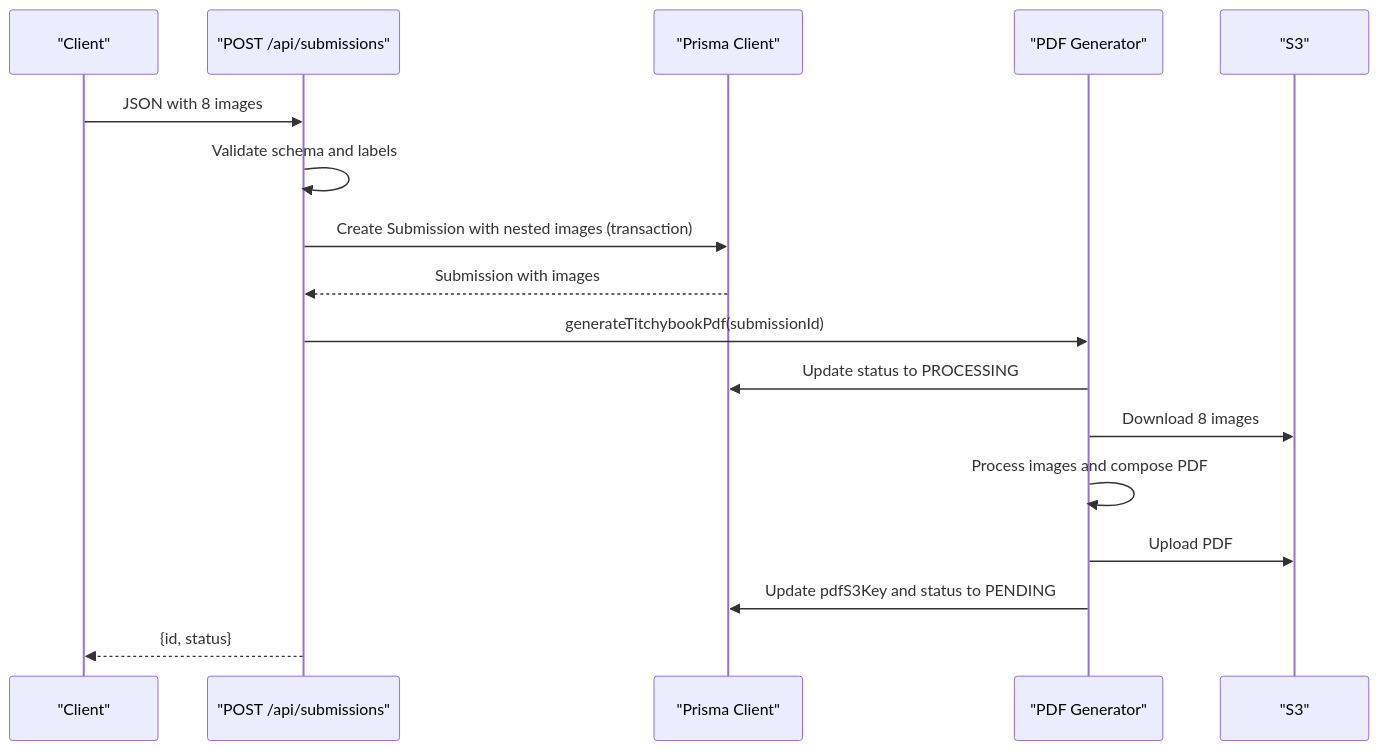
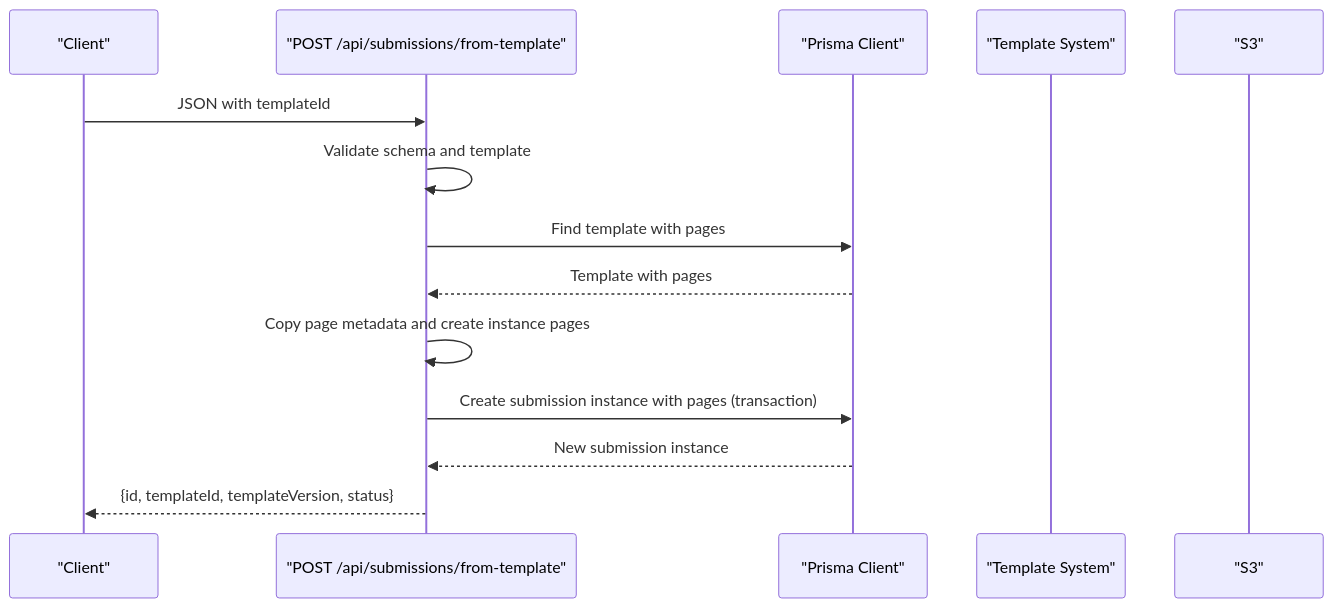
The sixth of 8 diagrams in .qoder/repowiki/en/content/Architecture Overview/Data Architecture.md (Crowdspender/titchybooks-app), drawn with Mermaid before and after one commit. The commit also changed other lines of this file and 62 other files, not shown here.

````diff
--- a/.qoder/repowiki/en/content/Architecture Overview/Data Architecture.md
+++ b/.qoder/repowiki/en/content/Architecture Overview/Data Architecture.md
@@ -320,19 +579,16 @@
 ```mermaid
 sequenceDiagram
 participant Client as "Client"
-participant API as "POST /api/submissions"
+participant API as "POST /api/submissions/from-template"
 participant Prisma as "Prisma Client"
-participant PDF as "PDF Generator"
+participant Template as "Template System"
 participant S3 as "S3"
-Client->>API : JSON with 8 images
-API->>API : Validate schema and labels
-API->>Prisma : Create Submission with nested images (transaction)
-Prisma-->>API : Submission with images
-API->>PDF : generateTitchybookPdf(submissionId)
-PDF->>Prisma : Update status to PROCESSING
-PDF->>S3 : Download 8 images
-PDF->>PDF : Process images and compose PDF
-PDF->>S3 : Upload PDF
-PDF->>Prisma : Update pdfS3Key and status to PENDING
-API-->>Client : {id, status}
+Client->>API : JSON with templateId
+API->>API : Validate schema and template
+API->>Prisma : Find template with pages
+Prisma-->>API : Template with pages
+API->>API : Copy page metadata and create instance pages
+API->>Prisma : Create submission instance with pages (transaction)
+Prisma-->>API : New submission instance
+API-->>Client : {id, templateId, templateVersion, status}
 ```
````
